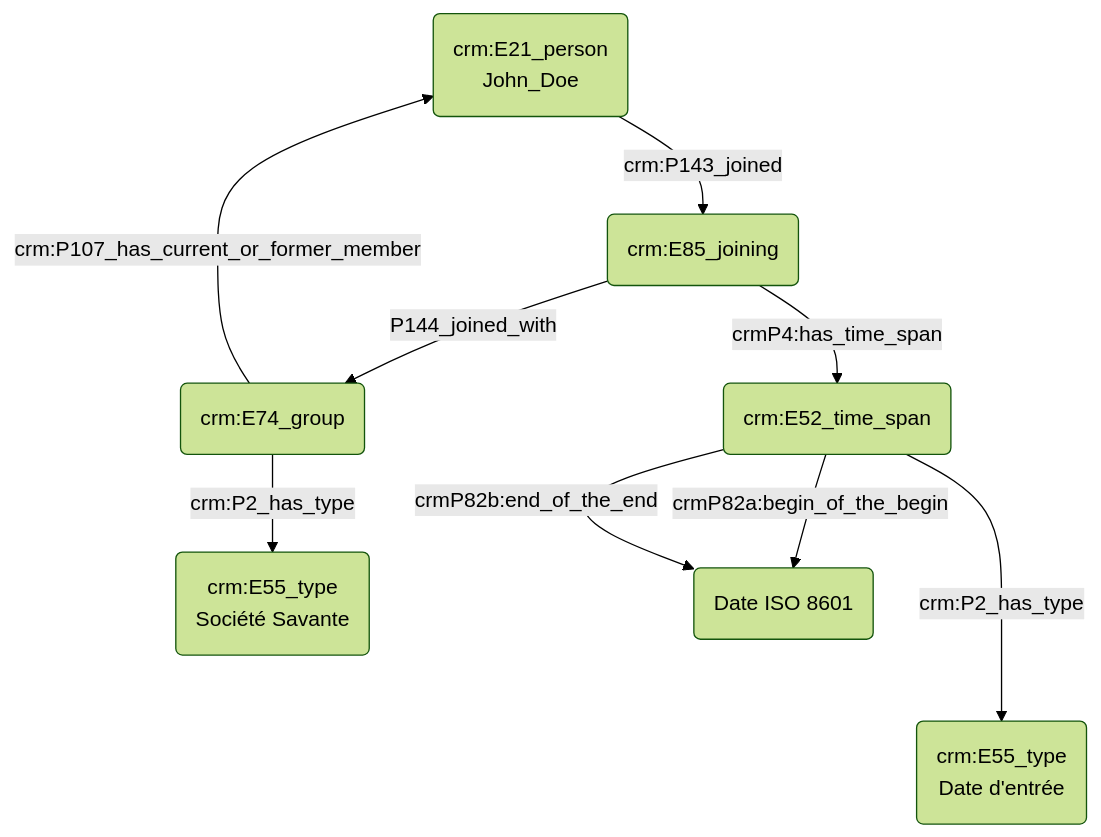
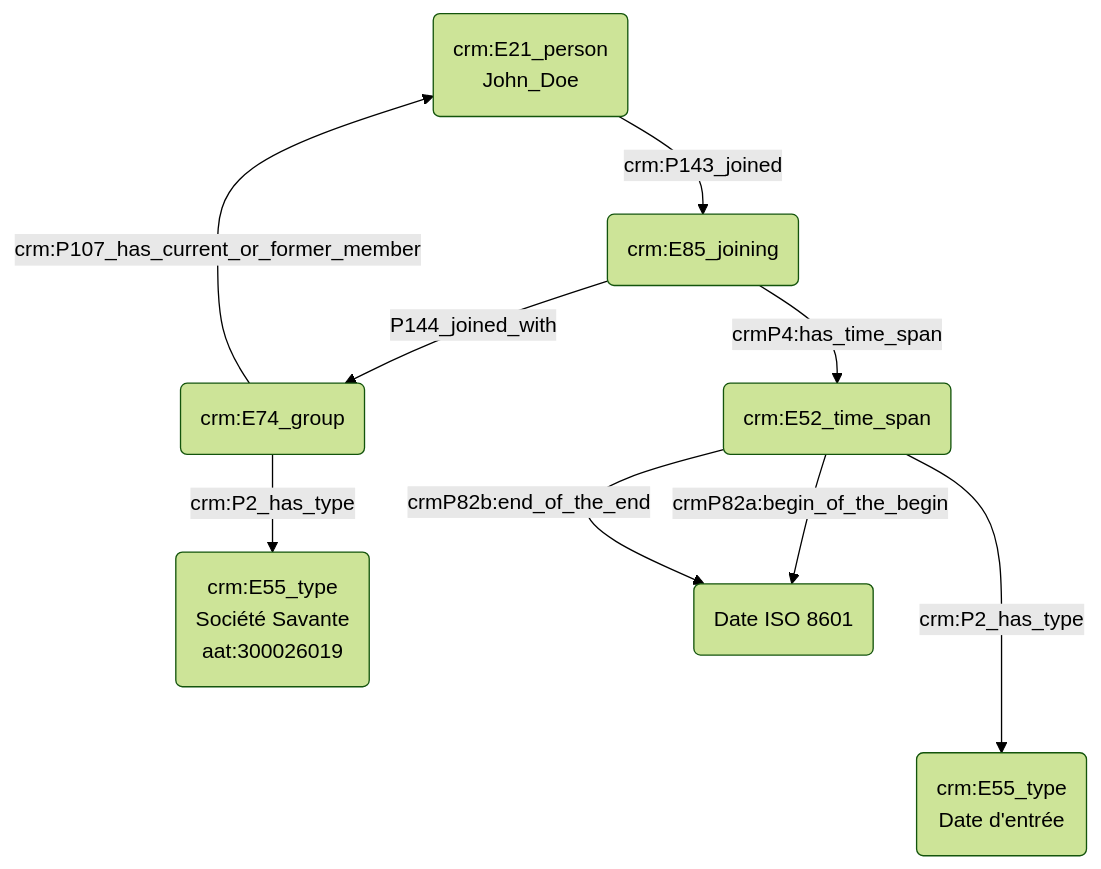
One commit to Amleth/consortium-musica2-gt2-ontologies changed the diagram in modules/livrables/Dossier 2/Prosopographie/appartenance à un groupe social.md. Above: the diagram before and after it, drawn with Mermaid (forest theme). The commit also changed other lines of this file, not shown here.

````diff
--- a/modules/livrables/Dossier 2/Prosopographie/appartenance à un groupe social.md
+++ b/modules/livrables/Dossier 2/Prosopographie/appartenance à un groupe social.md
@@ -13,15 +17,15 @@
 ```mermaid
 graph TD;
 
 A(crm:E21_person<br>John_Doe) -->|crm:P143_joined| B(crm:E85_joining<br>Groupe)
 B(crm:E85_joining) --> |P144_joined_with| G(crm:E74_group)
-G(crm:E74_group) -->|crm:P2_has_type| C(crm:E55_type<br>Société Savante)
+G(crm:E74_group) -->|crm:P2_has_type| C(crm:E55_type<br>Société Savante<br>aat:300026019)
 G(crm:E74_group) --> |crm:P107_has_current_or_former_member| A(crm:E21_person<br>John_Doe)
 
 
 B(crm:E85_joining) --> |crmP4:has_time_span| D(crm:E52_time_span)
 D(crm:E52_time_span) --> |crmP82a:begin_of_the_begin| E(Date ISO 8601)
 D(crm:E52_time_span) --> |crmP82b:end_of_the_end| E(Date ISO 8601)
 D(crm:E52_time_span) --->|crm:P2_has_type| F(crm:E55_type<br>Date d'entrée)
 
 ```
````
